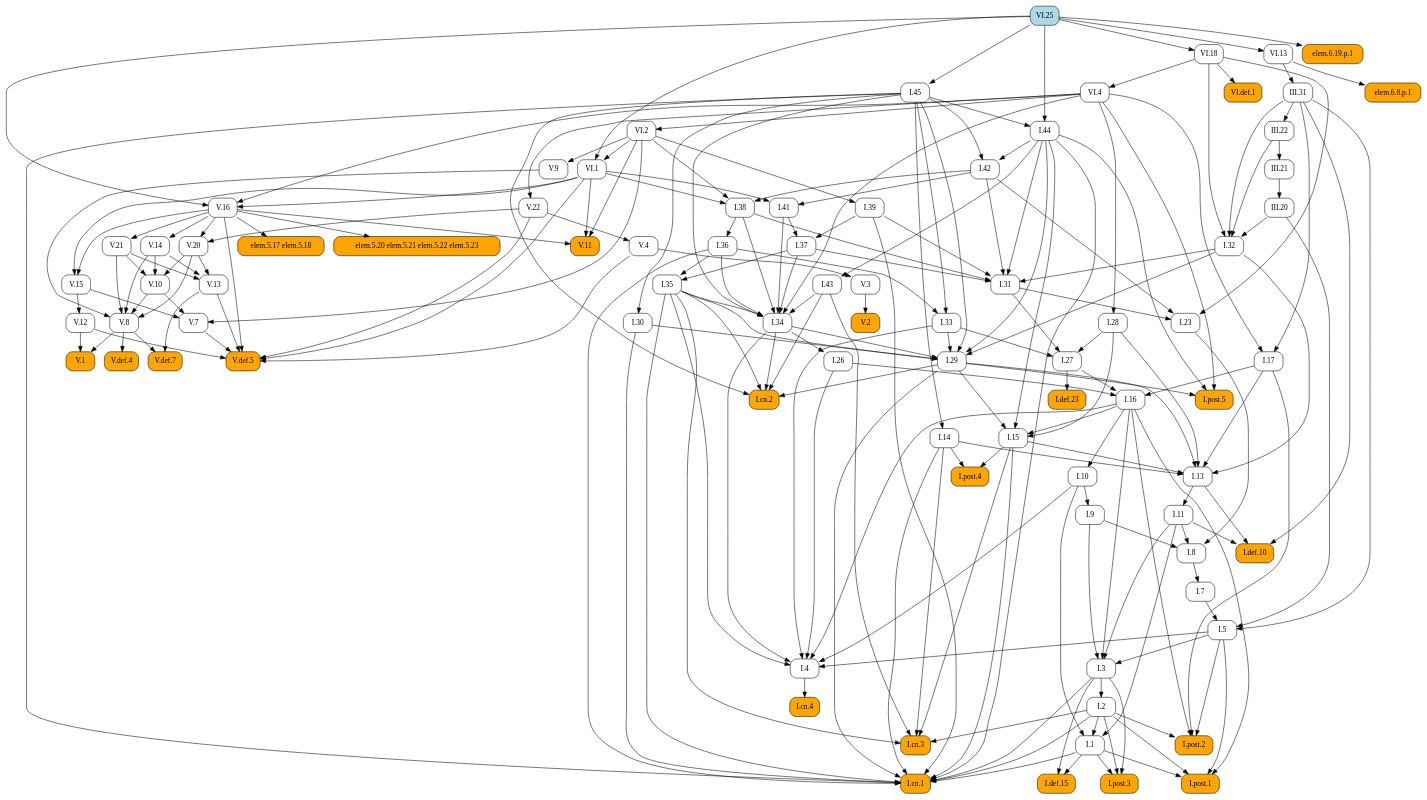
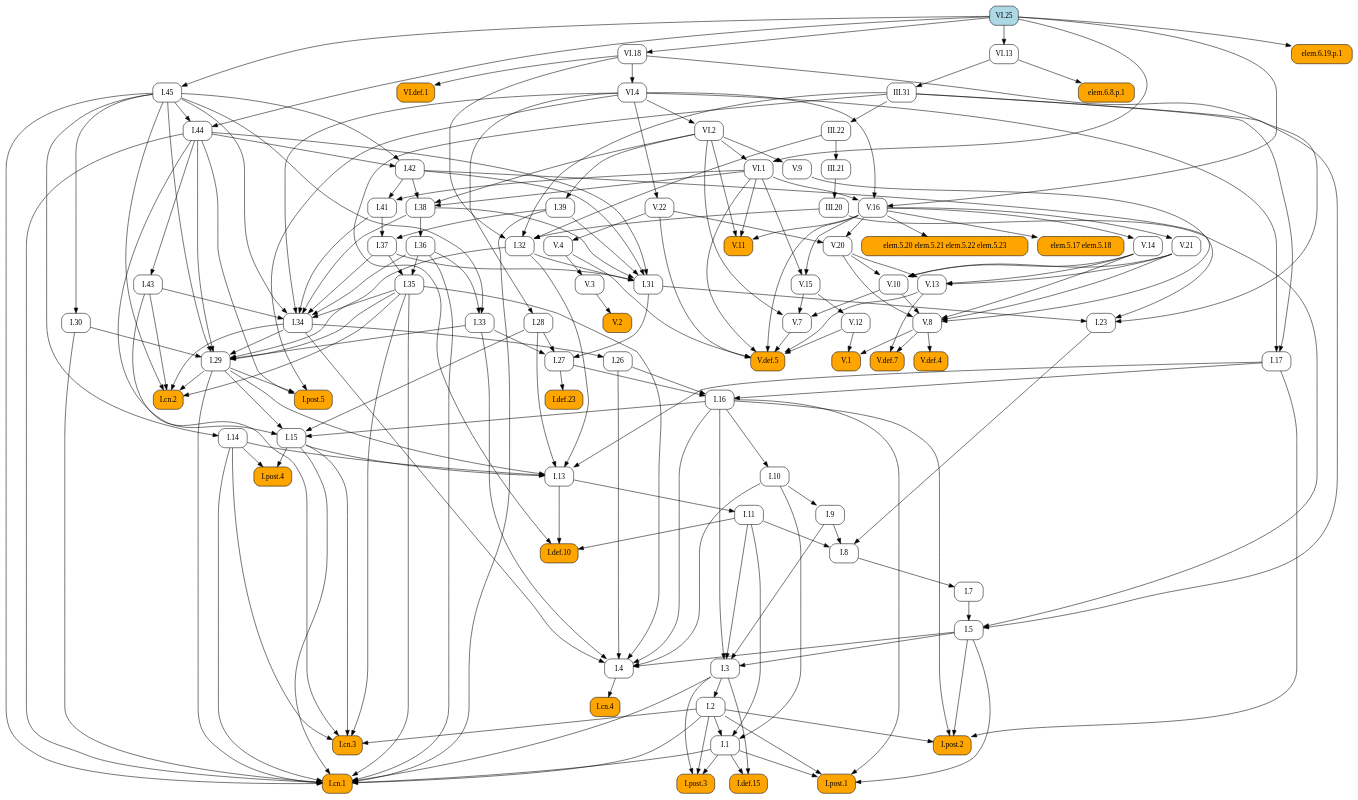
The diagram in docsrc/heath/VI/25/index.rst (geometor/elements), drawn with Graphviz before and after one commit. The commit also changed other lines of this file and 1029 other files, not shown here.

```diff
--- a/docsrc/heath/VI/25/index.rst
+++ b/docsrc/heath/VI/25/index.rst
@@ -50,105 +50,143 @@
    digraph {
      rankdir="TB";
      node [shape=box, style=rounded];
-     "V.1" [style="rounded,filled", fillcolor=orange, URL="/heath/V/1/", target="_top"];
-     "III.22" [URL="/heath/III/22/", target="_top"];
-     "I.29" [URL="/heath/I/29/", target="_top"];
-     "I.7" [URL="/heath/I/7/", target="_top"];
-     "I.27" [URL="/heath/I/27/", target="_top"];
-     "I.def.23" [style="rounded,filled", fillcolor=orange, URL="/heath/I/def.23/", target="_top"];
-     "V.20" [URL="/heath/V/20/", target="_top"];
-     "I.34" [URL="/heath/I/34/", target="_top"];
-     "I.8" [URL="/heath/I/8/", target="_top"];
-     "V.2" [style="rounded,filled", fillcolor=orange, URL="/heath/V/2/", target="_top"];
-     "I.9" [URL="/heath/I/9/", target="_top"];
-     "V.22" [URL="/heath/V/22/", target="_top"];
+     "I.def.10" [style="rounded,filled", fillcolor=orange, URL="/heath/I/def.10/", target="_top"];
+     "I.11" [URL="/heath/I/11/", target="_top"];
+     "I.post.4" [style="rounded,filled", fillcolor=orange, URL="/heath/I/post.4/", target="_top"];
+     "I.28" [URL="/heath/I/28/", target="_top"];
+     "I.1" [URL="/heath/I/1/", target="_top"];
+     "VI.18" [URL="/heath/VI/18/", target="_top"];
+     "V.def.5" [style="rounded,filled", fillcolor=orange, URL="/heath/V/def.5/", target="_top"];
      "III.20" [URL="/heath/III/20/", target="_top"];
-     "I.post.4" [style="rounded,filled", fillcolor=orange, URL="/heath/I/post.4/", target="_top"];
-     "I.2" [URL="/heath/I/2/", target="_top"];
-     "V.4" [URL="/heath/V/4/", target="_top"];
-     "I.28" [URL="/heath/I/28/", target="_top"];
+     "III.31" [URL="/heath/III/31/", target="_top"];
+     "V.13" [URL="/heath/V/13/", target="_top"];
+     "V.11" [style="rounded,filled", fillcolor=orange, URL="/heath/V/11/", target="_top"];
+     "I.post.3" [style="rounded,filled", fillcolor=orange, URL="/heath/I/post.3/", target="_top"];
+     "VI.1" [URL="/heath/VI/1/", target="_top"];
+     "I.cn.3" [style="rounded,filled", fillcolor=orange, URL="/heath/I/cn.3/", target="_top"];
+     "I.14" [URL="/heath/I/14/", target="_top"];
+     "V.16" [URL="/heath/V/16/", target="_top"];
      "VI.4" [URL="/heath/VI/4/", target="_top"];
-     "I.cn.4" [style="rounded,filled", fillcolor=orange, URL="/heath/I/cn.4/", target="_top"];
-     "VI.2" [URL="/heath/VI/2/", target="_top"];
-     "elem.5.20 elem.5.21 elem.5.22 elem.5.23" [style="rounded,filled", fillcolor=orange];
-     "III.31" [URL="/heath/III/31/", target="_top"];
-     "I.23" [URL="/heath/I/23/", target="_top"];
-     "I.13" [URL="/heath/I/13/", target="_top"];
-     "I.5" [URL="/heath/I/5/", target="_top"];
-     "III.21" [URL="/heath/III/21/", target="_top"];
-     "I.11" [URL="/heath/I/11/", target="_top"];
-     "I.4" [URL="/heath/I/4/", target="_top"];
-     "I.43" [URL="/heath/I/43/", target="_top"];
-     "I.def.10" [style="rounded,filled", fillcolor=orange, URL="/heath/I/def.10/", target="_top"];
-     "I.post.3" [style="rounded,filled", fillcolor=orange, URL="/heath/I/post.3/", target="_top"];
-     "V.9" [URL="/heath/V/9/", target="_top"];
-     "VI.def.1" [style="rounded,filled", fillcolor=orange, URL="/heath/VI/def.1/", target="_top"];
-     "elem.5.17 elem.5.18" [style="rounded,filled", fillcolor=orange];
      "V.3" [URL="/heath/V/3/", target="_top"];
      "I.36" [URL="/heath/I/36/", target="_top"];
+     "I.41" [URL="/heath/I/41/", target="_top"];
+     "I.27" [URL="/heath/I/27/", target="_top"];
+     "V.8" [URL="/heath/V/8/", target="_top"];
+     "I.37" [URL="/heath/I/37/", target="_top"];
+     "I.34" [URL="/heath/I/34/", target="_top"];
+     "I.2" [URL="/heath/I/2/", target="_top"];
+     "I.def.23" [style="rounded,filled", fillcolor=orange, URL="/heath/I/def.23/", target="_top"];
+     "I.33" [URL="/heath/I/33/", target="_top"];
+     "I.17" [URL="/heath/I/17/", target="_top"];
+     "I.post.2" [style="rounded,filled", fillcolor=orange, URL="/heath/I/post.2/", target="_top"];
+     "I.45" [URL="/heath/I/45/", target="_top"];
+     "VI.def.1" [style="rounded,filled", fillcolor=orange, URL="/heath/VI/def.1/", target="_top"];
+     "I.42" [URL="/heath/I/42/", target="_top"];
+     "elem.5.20 elem.5.21 elem.5.22 elem.5.23" [style="rounded,filled", fillcolor=orange];
+     "I.9" [URL="/heath/I/9/", target="_top"];
+     "I.32" [URL="/heath/I/32/", target="_top"];
+     "V.def.4" [style="rounded,filled", fillcolor=orange, URL="/heath/V/def.4/", target="_top"];
+     "I.cn.4" [style="rounded,filled", fillcolor=orange, URL="/heath/I/cn.4/", target="_top"];
+     "I.15" [URL="/heath/I/15/", target="_top"];
+     "III.22" [URL="/heath/III/22/", target="_top"];
+     "I.38" [URL="/heath/I/38/", target="_top"];
+     "V.def.7" [style="rounded,filled", fillcolor=orange, URL="/heath/V/def.7/", target="_top"];
+     "I.5" [URL="/heath/I/5/", target="_top"];
+     "V.21" [URL="/heath/V/21/", target="_top"];
+     "I.39" [URL="/heath/I/39/", target="_top"];
+     "I.26" [URL="/heath/I/26/", target="_top"];
+     "V.14" [URL="/heath/V/14/", target="_top"];
+     "I.29" [URL="/heath/I/29/", target="_top"];
      "V.12" [URL="/heath/V/12/", target="_top"];
-     "I.15" [URL="/heath/I/15/", target="_top"];
-     "I.17" [URL="/heath/I/17/", target="_top"];
-     "I.32" [URL="/heath/I/32/", target="_top"];
-     "I.41" [URL="/heath/I/41/", target="_top"];
-     "V.def.5" [style="rounded,filled", fillcolor=orange, URL="/heath/V/def.5/", target="_top"];
-     "I.cn.3" [style="rounded,filled", fillcolor=orange, URL="/heath/I/cn.3/", target="_top"];
+     "V.22" [URL="/heath/V/22/", target="_top"];
+     "I.cn.2" [style="rounded,filled", fillcolor=orange, URL="/heath/I/cn.2/", target="_top"];
+     "V.20" [URL="/heath/V/20/", target="_top"];
+     "V.10" [URL="/heath/V/10/", target="_top"];
+     "VI.2" [URL="/heath/VI/2/", target="_top"];
+     "I.def.15" [style="rounded,filled", fillcolor=orange, URL="/heath/I/def.15/", target="_top"];
+     "V.15" [URL="/heath/V/15/", target="_top"];
+     "I.cn.1" [style="rounded,filled", fillcolor=orange, URL="/heath/I/cn.1/", target="_top"];
      "I.30" [URL="/heath/I/30/", target="_top"];
-     "I.45" [URL="/heath/I/45/", target="_top"];
-     "I.38" [URL="/heath/I/38/", target="_top"];
-     "V.16" [URL="/heath/V/16/", target="_top"];
-     "V.15" [URL="/heath/V/15/", target="_top"];
-     "V.def.4" [style="rounded,filled", fillcolor=orange, URL="/heath/V/def.4/", target="_top"];
-     "V.21" [URL="/heath/V/21/", target="_top"];
-     "V.8" [URL="/heath/V/8/", target="_top"];
-     "I.42" [URL="/heath/I/42/", target="_top"];
      "V.7" [URL="/heath/V/7/", target="_top"];
-     "VI.18" [URL="/heath/VI/18/", target="_top"];
-     "I.def.15" [style="rounded,filled", fillcolor=orange, URL="/heath/I/def.15/", target="_top"];
-     "I.1" [URL="/heath/I/1/", target="_top"];
-     "I.44" [URL="/heath/I/44/", target="_top"];
-     "V.13" [URL="/heath/V/13/", target="_top"];
+     "V.9" [URL="/heath/V/9/", target="_top"];
+     "I.23" [URL="/heath/I/23/", target="_top"];
+     "VI.25" [style="rounded,filled", fillcolor=lightblue, URL="/heath/VI/25/", target="_top"];
+     "I.43" [URL="/heath/I/43/", target="_top"];
      "I.post.1" [style="rounded,filled", fillcolor=orange, URL="/heath/I/post.1/", target="_top"];
      "elem.6.19.p.1" [style="rounded,filled", fillcolor=orange];
-     "I.26" [URL="/heath/I/26/", target="_top"];
-     "I.33" [URL="/heath/I/33/", target="_top"];
-     "V.def.7" [style="rounded,filled", fillcolor=orange, URL="/heath/V/def.7/", target="_top"];
-     "I.39" [URL="/heath/I/39/", target="_top"];
-     "I.cn.2" [style="rounded,filled", fillcolor=orange, URL="/heath/I/cn.2/", target="_top"];
-     "V.10" [URL="/heath/V/10/", target="_top"];
+     "I.35" [URL="/heath/I/35/", target="_top"];
+     "I.7" [URL="/heath/I/7/", target="_top"];
+     "I.3" [URL="/heath/I/3/", target="_top"];
+     "I.4" [URL="/heath/I/4/", target="_top"];
+     "I.13" [URL="/heath/I/13/", target="_top"];
+     "V.4" [URL="/heath/V/4/", target="_top"];
+     "I.31" [URL="/heath/I/31/", target="_top"];
+     "V.1" [style="rounded,filled", fillcolor=orange, URL="/heath/V/1/", target="_top"];
+     "I.16" [URL="/heath/I/16/", target="_top"];
+     "elem.5.17 elem.5.18" [style="rounded,filled", fillcolor=orange];
+     "I.8" [URL="/heath/I/8/", target="_top"];
+     "VI.13" [URL="/heath/VI/13/", target="_top"];
+     "V.2" [style="rounded,filled", fillcolor=orange, URL="/heath/V/2/", target="_top"];
+     "III.21" [URL="/heath/III/21/", target="_top"];
+     "I.post.5" [style="rounded,filled", fillcolor=orange, URL="/heath/I/post.5/", target="_top"];
+     "I.44" [URL="/heath/I/44/", target="_top"];
+     "elem.6.8.p.1" [style="rounded,filled", fillcolor=orange];
      "I.10" [URL="/heath/I/10/", target="_top"];
-     "VI.25" [style="rounded,filled", fillcolor=lightblue, URL="/heath/VI/25/", target="_top"];
-     "I.3" [URL="/heath/I/3/", target="_top"];
-     "I.16" [URL="/heath/I/16/", target="_top"];
-     "I.31" [URL="/heath/I/31/", target="_top"];
-     "V.11" [style="rounded,filled", fillcolor=orange, URL="/heath/V/11/", target="_top"];
-     "I.post.2" [style="rounded,filled", fillcolor=orange, URL="/heath/I/post.2/", target="_top"];
-     "elem.6.8.p.1" [style="rounded,filled", fillcolor=orange];
-     "I.post.5" [style="rounded,filled", fillcolor=orange, URL="/heath/I/post.5/", target="_top"];
-     "VI.1" [URL="/heath/VI/1/", target="_top"];
-     "VI.13" [URL="/heath/VI/13/", target="_top"];
-     "I.14" [URL="/heath/I/14/", target="_top"];
-     "I.35" [URL="/heath/I/35/", target="_top"];
-     "I.cn.1" [style="rounded,filled", fillcolor=orange, URL="/heath/I/cn.1/", target="_top"];
-     "I.37" [URL="/heath/I/37/", target="_top"];
-     "V.14" [URL="/heath/V/14/", target="_top"];
-     "V.8" -> "V.1";
-     "V.12" -> "V.1";
-     "III.31" -> "III.22";
-     "I.30" -> "I.29";
-     "I.32" -> "I.29";
-     "I.33" -> "I.29";
-     "I.34" -> "I.29";
-     "I.35" -> "I.29";
-     "I.44" -> "I.29";
-     "I.45" -> "I.29";
-     "I.8" -> "I.7";
+     "I.11" -> "I.def.10";
+     "I.13" -> "I.def.10";
+     "III.31" -> "I.def.10";
+     "I.13" -> "I.11";
+     "I.14" -> "I.post.4";
+     "I.15" -> "I.post.4";
+     "VI.4" -> "I.28";
+     "I.2" -> "I.1";
+     "I.10" -> "I.1";
+     "I.11" -> "I.1";
+     "VI.25" -> "VI.18";
+     "V.4" -> "V.def.5";
+     "V.7" -> "V.def.5";
+     "V.12" -> "V.def.5";
+     "V.13" -> "V.def.5";
+     "V.16" -> "V.def.5";
+     "V.22" -> "V.def.5";
+     "VI.1" -> "V.def.5";
+     "III.21" -> "III.20";
+     "VI.13" -> "III.31";
+     "V.14" -> "V.13";
+     "V.20" -> "V.13";
+     "V.21" -> "V.13";
+     "V.16" -> "V.11";
+     "VI.1" -> "V.11";
+     "VI.2" -> "V.11";
+     "I.1" -> "I.post.3";
+     "I.2" -> "I.post.3";
+     "I.3" -> "I.post.3";
+     "VI.2" -> "VI.1";
+     "VI.25" -> "VI.1";
+     "I.2" -> "I.cn.3";
+     "I.14" -> "I.cn.3";
+     "I.15" -> "I.cn.3";
+     "I.35" -> "I.cn.3";
+     "I.43" -> "I.cn.3";
+     "I.45" -> "I.14";
+     "VI.1" -> "V.16";
+     "VI.4" -> "V.16";
+     "VI.25" -> "V.16";
+     "VI.18" -> "VI.4";
+     "V.4" -> "V.3";
+     "I.38" -> "I.36";
+     "I.42" -> "I.41";
+     "VI.1" -> "I.41";
      "I.28" -> "I.27";
      "I.31" -> "I.27";
      "I.33" -> "I.27";
-     "I.27" -> "I.def.23";
-     "V.16" -> "V.20";
-     "V.22" -> "V.20";
+     "V.9" -> "V.8";
+     "V.10" -> "V.8";
+     "V.14" -> "V.8";
+     "V.20" -> "V.8";
+     "V.21" -> "V.8";
+     "I.39" -> "I.37";
+     "I.41" -> "I.37";
      "I.35" -> "I.34";
      "I.36" -> "I.34";
      "I.37" -> "I.34";
@@ -157,164 +195,69 @@
      "I.43" -> "I.34";
      "I.45" -> "I.34";
      "VI.4" -> "I.34";
-     "I.9" -> "I.8";
-     "I.11" -> "I.8";
-     "I.23" -> "I.8";
-     "V.3" -> "V.2";
+     "I.3" -> "I.2";
+     "I.27" -> "I.def.23";
+     "I.36" -> "I.33";
+     "I.45" -> "I.33";
+     "III.31" -> "I.17";
+     "VI.4" -> "I.17";
+     "I.2" -> "I.post.2";
+     "I.5" -> "I.post.2";
+     "I.16" -> "I.post.2";
+     "I.17" -> "I.post.2";
+     "VI.25" -> "I.45";
+     "VI.18" -> "VI.def.1";
+     "I.44" -> "I.42";
+     "I.45" -> "I.42";
+     "V.16" -> "elem.5.20 elem.5.21 elem.5.22 elem.5.23";
      "I.10" -> "I.9";
-     "VI.4" -> "V.22";
-     "III.21" -> "III.20";
-     "I.14" -> "I.post.4";
-     "I.15" -> "I.post.4";
-     "I.3" -> "I.2";
-     "V.22" -> "V.4";
-     "VI.4" -> "I.28";
-     "VI.18" -> "VI.4";
+     "III.20" -> "I.32";
+     "III.22" -> "I.32";
+     "III.31" -> "I.32";
+     "VI.18" -> "I.32";
+     "V.8" -> "V.def.4";
      "I.4" -> "I.cn.4";
-     "VI.4" -> "VI.2";
-     "V.16" -> "elem.5.20 elem.5.21 elem.5.22 elem.5.23";
-     "VI.13" -> "III.31";
-     "I.31" -> "I.23";
-     "I.42" -> "I.23";
-     "VI.18" -> "I.23";
-     "I.14" -> "I.13";
-     "I.15" -> "I.13";
-     "I.17" -> "I.13";
-     "I.28" -> "I.13";
-     "I.29" -> "I.13";
-     "I.32" -> "I.13";
-     "I.7" -> "I.5";
-     "III.20" -> "I.5";
-     "III.31" -> "I.5";
-     "III.22" -> "III.21";
-     "I.13" -> "I.11";
-     "I.5" -> "I.4";
-     "I.10" -> "I.4";
-     "I.16" -> "I.4";
-     "I.26" -> "I.4";
-     "I.33" -> "I.4";
-     "I.34" -> "I.4";
-     "I.35" -> "I.4";
-     "I.44" -> "I.43";
-     "I.11" -> "I.def.10";
-     "I.13" -> "I.def.10";
-     "III.31" -> "I.def.10";
-     "I.1" -> "I.post.3";
-     "I.2" -> "I.post.3";
-     "I.3" -> "I.post.3";
-     "VI.2" -> "V.9";
-     "VI.18" -> "VI.def.1";
-     "V.16" -> "elem.5.17 elem.5.18";
-     "V.4" -> "V.3";
-     "I.38" -> "I.36";
-     "V.15" -> "V.12";
      "I.16" -> "I.15";
      "I.28" -> "I.15";
      "I.29" -> "I.15";
      "I.44" -> "I.15";
-     "III.31" -> "I.17";
-     "VI.4" -> "I.17";
-     "III.20" -> "I.32";
-     "III.22" -> "I.32";
-     "III.31" -> "I.32";
-     "VI.18" -> "I.32";
-     "I.42" -> "I.41";
-     "VI.1" -> "I.41";
-     "V.4" -> "V.def.5";
-     "V.7" -> "V.def.5";
-     "V.12" -> "V.def.5";
-     "V.13" -> "V.def.5";
-     "V.16" -> "V.def.5";
-     "V.22" -> "V.def.5";
-     "VI.1" -> "V.def.5";
-     "I.2" -> "I.cn.3";
-     "I.14" -> "I.cn.3";
-     "I.15" -> "I.cn.3";
-     "I.35" -> "I.cn.3";
-     "I.43" -> "I.cn.3";
-     "I.45" -> "I.30";
-     "VI.25" -> "I.45";
+     "III.31" -> "III.22";
      "I.42" -> "I.38";
      "VI.1" -> "I.38";
      "VI.2" -> "I.38";
-     "VI.1" -> "V.16";
-     "VI.4" -> "V.16";
-     "VI.25" -> "V.16";
-     "V.16" -> "V.15";
-     "VI.1" -> "V.15";
-     "V.8" -> "V.def.4";
-     "V.16" -> "V.21";
-     "V.9" -> "V.8";
-     "V.10" -> "V.8";
-     "V.14" -> "V.8";
-     "V.20" -> "V.8";
-     "V.21" -> "V.8";
-     "I.44" -> "I.42";
-     "I.45" -> "I.42";
-     "V.10" -> "V.7";
-     "V.15" -> "V.7";
-     "VI.2" -> "V.7";
-     "VI.25" -> "VI.18";
-     "I.1" -> "I.def.15";
-     "I.3" -> "I.def.15";
-     "I.2" -> "I.1";
-     "I.10" -> "I.1";
-     "I.11" -> "I.1";
-     "I.45" -> "I.44";
-     "VI.25" -> "I.44";
-     "V.14" -> "V.13";
-     "V.20" -> "V.13";
-     "V.21" -> "V.13";
-     "I.1" -> "I.post.1";
-     "I.2" -> "I.post.1";
-     "I.5" -> "I.post.1";
-     "I.16" -> "I.post.1";
-     "VI.25" -> "elem.6.19.p.1";
-     "I.34" -> "I.26";
-     "I.36" -> "I.33";
-     "I.45" -> "I.33";
      "V.8" -> "V.def.7";
      "V.13" -> "V.def.7";
+     "I.7" -> "I.5";
+     "III.20" -> "I.5";
+     "III.31" -> "I.5";
+     "V.16" -> "V.21";
      "VI.2" -> "I.39";
+     "I.34" -> "I.26";
+     "V.16" -> "V.14";
+     "I.30" -> "I.29";
+     "I.32" -> "I.29";
+     "I.33" -> "I.29";
+     "I.34" -> "I.29";
+     "I.35" -> "I.29";
+     "I.44" -> "I.29";
+     "I.45" -> "I.29";
+     "V.15" -> "V.12";
+     "VI.4" -> "V.22";
      "I.29" -> "I.cn.2";
      "I.34" -> "I.cn.2";
      "I.35" -> "I.cn.2";
      "I.43" -> "I.cn.2";
      "I.45" -> "I.cn.2";
+     "V.16" -> "V.20";
+     "V.22" -> "V.20";
      "V.14" -> "V.10";
      "V.20" -> "V.10";
      "V.21" -> "V.10";
-     "I.16" -> "I.10";
-     "I.5" -> "I.3";
-     "I.9" -> "I.3";
-     "I.11" -> "I.3";
-     "I.16" -> "I.3";
-     "I.17" -> "I.16";
-     "I.26" -> "I.16";
-     "I.27" -> "I.16";
-     "I.32" -> "I.31";
-     "I.37" -> "I.31";
-     "I.38" -> "I.31";
-     "I.39" -> "I.31";
-     "I.42" -> "I.31";
-     "I.44" -> "I.31";
-     "V.16" -> "V.11";
-     "VI.1" -> "V.11";
-     "VI.2" -> "V.11";
-     "I.2" -> "I.post.2";
-     "I.5" -> "I.post.2";
-     "I.16" -> "I.post.2";
-     "I.17" -> "I.post.2";
-     "VI.13" -> "elem.6.8.p.1";
-     "I.29" -> "I.post.5";
-     "I.44" -> "I.post.5";
-     "VI.4" -> "I.post.5";
-     "VI.2" -> "VI.1";
-     "VI.25" -> "VI.1";
-     "VI.25" -> "VI.13";
-     "I.45" -> "I.14";
-     "I.36" -> "I.35";
-     "I.37" -> "I.35";
+     "VI.4" -> "VI.2";
+     "I.1" -> "I.def.15";
+     "I.3" -> "I.def.15";
+     "V.16" -> "V.15";
+     "VI.1" -> "V.15";
      "I.1" -> "I.cn.1";
      "I.2" -> "I.cn.1";
      "I.3" -> "I.cn.1";
@@ -327,7 +270,64 @@
      "I.39" -> "I.cn.1";
      "I.44" -> "I.cn.1";
      "I.45" -> "I.cn.1";
-     "I.39" -> "I.37";
-     "I.41" -> "I.37";
-     "V.16" -> "V.14";
+     "I.45" -> "I.30";
+     "V.10" -> "V.7";
+     "V.15" -> "V.7";
+     "VI.2" -> "V.7";
+     "VI.2" -> "V.9";
+     "I.31" -> "I.23";
+     "I.42" -> "I.23";
+     "VI.18" -> "I.23";
+     "I.44" -> "I.43";
+     "I.1" -> "I.post.1";
+     "I.2" -> "I.post.1";
+     "I.5" -> "I.post.1";
+     "I.16" -> "I.post.1";
+     "VI.25" -> "elem.6.19.p.1";
+     "I.36" -> "I.35";
+     "I.37" -> "I.35";
+     "I.8" -> "I.7";
+     "I.5" -> "I.3";
+     "I.9" -> "I.3";
+     "I.11" -> "I.3";
+     "I.16" -> "I.3";
+     "I.5" -> "I.4";
+     "I.10" -> "I.4";
+     "I.16" -> "I.4";
+     "I.26" -> "I.4";
+     "I.33" -> "I.4";
+     "I.34" -> "I.4";
+     "I.35" -> "I.4";
+     "I.14" -> "I.13";
+     "I.15" -> "I.13";
+     "I.17" -> "I.13";
+     "I.28" -> "I.13";
+     "I.29" -> "I.13";
+     "I.32" -> "I.13";
+     "V.22" -> "V.4";
+     "I.32" -> "I.31";
+     "I.37" -> "I.31";
+     "I.38" -> "I.31";
+     "I.39" -> "I.31";
+     "I.42" -> "I.31";
+     "I.44" -> "I.31";
+     "V.8" -> "V.1";
+     "V.12" -> "V.1";
+     "I.17" -> "I.16";
+     "I.26" -> "I.16";
+     "I.27" -> "I.16";
+     "V.16" -> "elem.5.17 elem.5.18";
+     "I.9" -> "I.8";
+     "I.11" -> "I.8";
+     "I.23" -> "I.8";
+     "VI.25" -> "VI.13";
+     "V.3" -> "V.2";
+     "III.22" -> "III.21";
+     "I.29" -> "I.post.5";
+     "I.44" -> "I.post.5";
+     "VI.4" -> "I.post.5";
+     "I.45" -> "I.44";
+     "VI.25" -> "I.44";
+     "VI.13" -> "elem.6.8.p.1";
+     "I.16" -> "I.10";
    }
```
